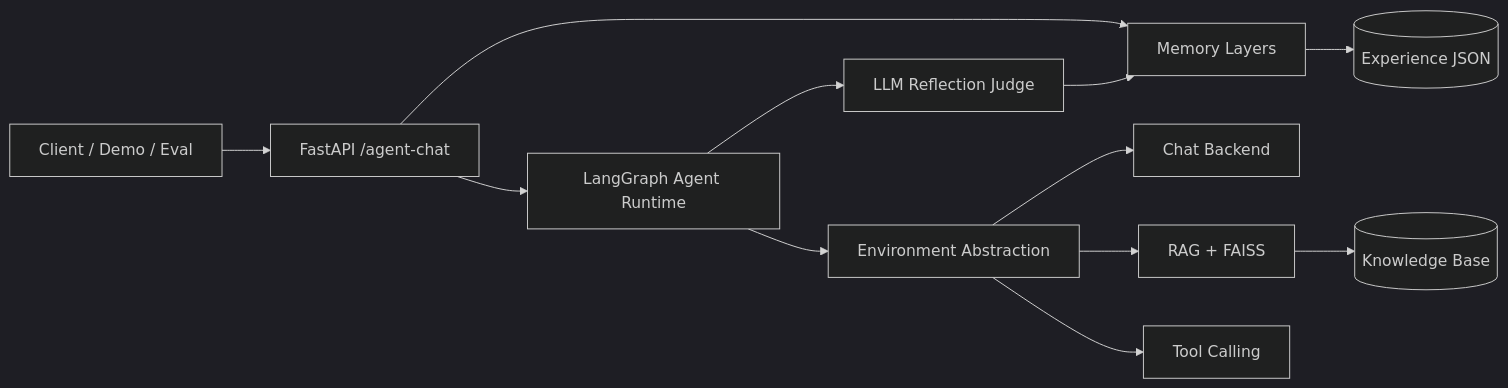
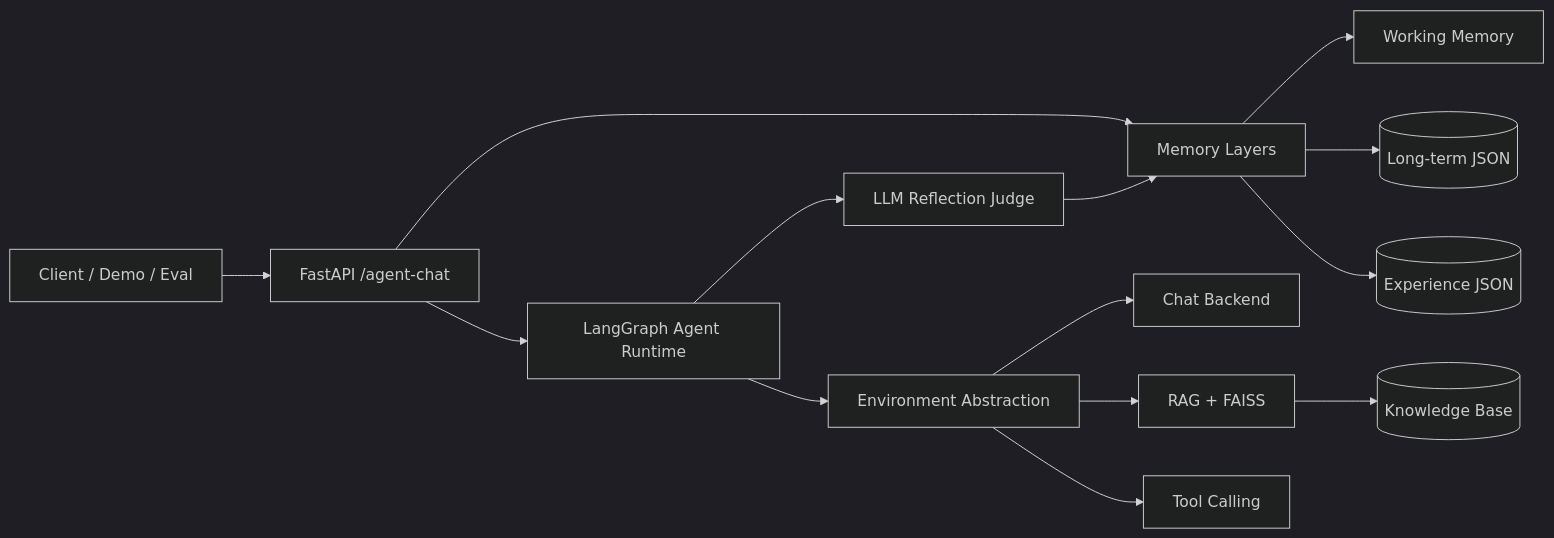
One commit to lingxiaozzz/Overseas-Student-AI-Agent changed the first of 2 diagrams in README.md. Above: the diagram before and after it, drawn with Mermaid (dark theme). The commit also changed other lines of this file and 7 other files, not shown here.

````diff
--- a/README.md
+++ b/README.md
@@ -18,14 +19,16 @@
 ```mermaid
 flowchart LR
     Client[Client / Demo / Eval] --> API[FastAPI /agent-chat]
     API --> Mem[Memory Layers]
     API --> Graph[LangGraph Agent Runtime]
     Graph --> Env[Environment Abstraction]
     Env --> Chat[Chat Backend]
     Env --> RAG[RAG + FAISS]
     Env --> Tools[Tool Calling]
     Graph --> Reflect[LLM Reflection Judge]
     Reflect --> Mem
     RAG --> KB[(Knowledge Base)]
+    Mem --> Work[Working Memory]
+    Mem --> LT[(Long-term JSON)]
     Mem --> Exp[(Experience JSON)]
 ```
````
